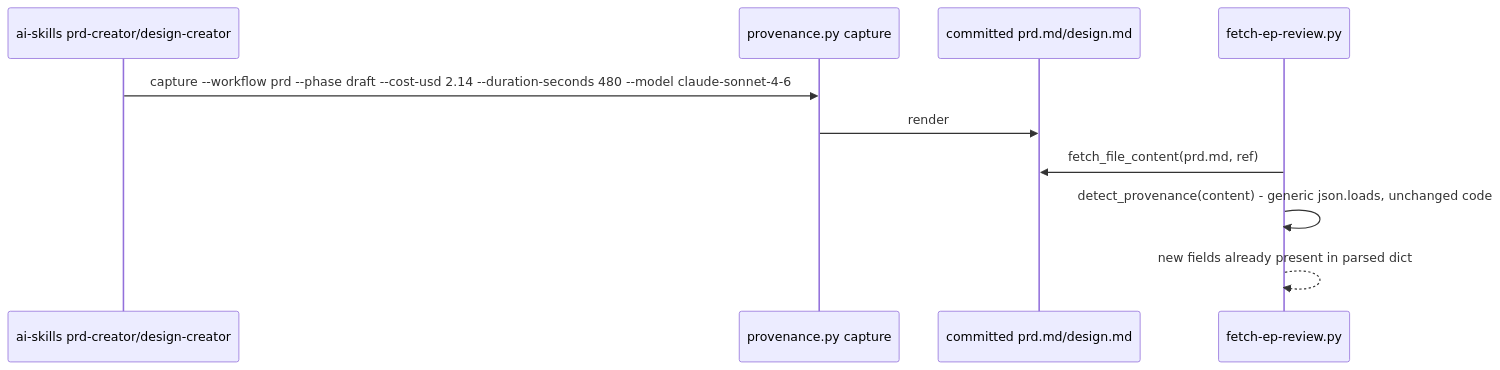
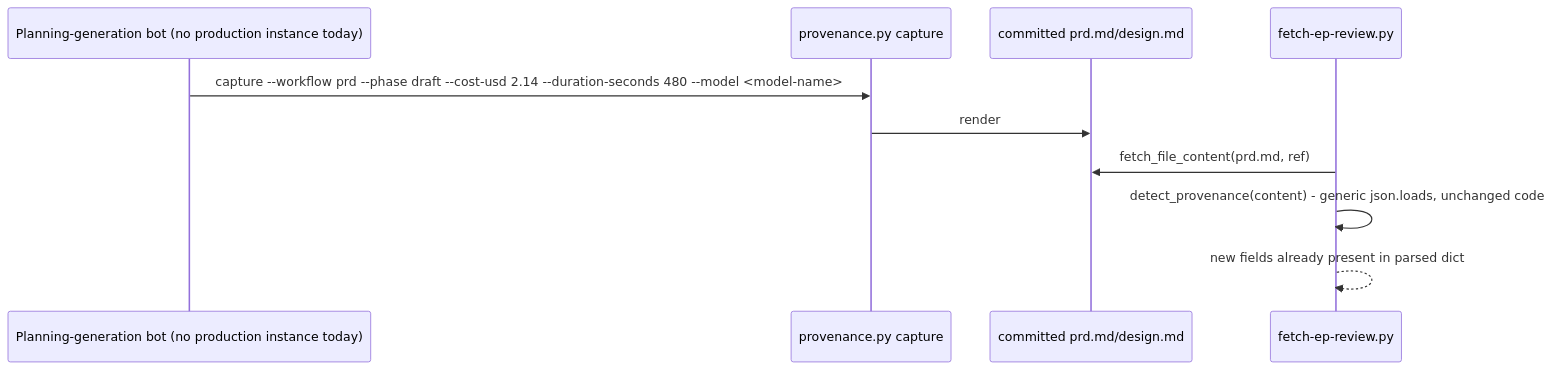
The fourth of 5 diagrams in enhancements/OSAC-959-agentic-sdlc-measurement/design.md (tchughesiv/enhancement-proposals), drawn with Mermaid before and after one commit. The commit also changed other lines of this file, not shown here.

First line of the commit message:
Design OSAC-959: revise - correct eranco74 PoC status, de-reference stale Jira tree

````diff
--- a/enhancements/OSAC-959-agentic-sdlc-measurement/design.md
+++ b/enhancements/OSAC-959-agentic-sdlc-measurement/design.md
@@ -164,13 +167,13 @@
 ```mermaid
 sequenceDiagram
-    participant Skill as ai-skills prd-creator/design-creator
+    participant Skill as Planning-generation bot (no production instance today)
     participant PV as provenance.py capture
     participant Doc as committed prd.md/design.md
     participant FE as fetch-ep-review.py
 
-    Skill->>PV: capture --workflow prd --phase draft --cost-usd 2.14 --duration-seconds 480 --model claude-sonnet-4-6
+    Skill->>PV: capture --workflow prd --phase draft --cost-usd 2.14 --duration-seconds 480 --model <model-name>
     PV->>Doc: render
     FE->>Doc: fetch_file_content(prd.md, ref)
     FE->>FE: detect_provenance(content) - generic json.loads, unchanged code
     FE-->>FE: new fields already present in parsed dict
 ```
````
